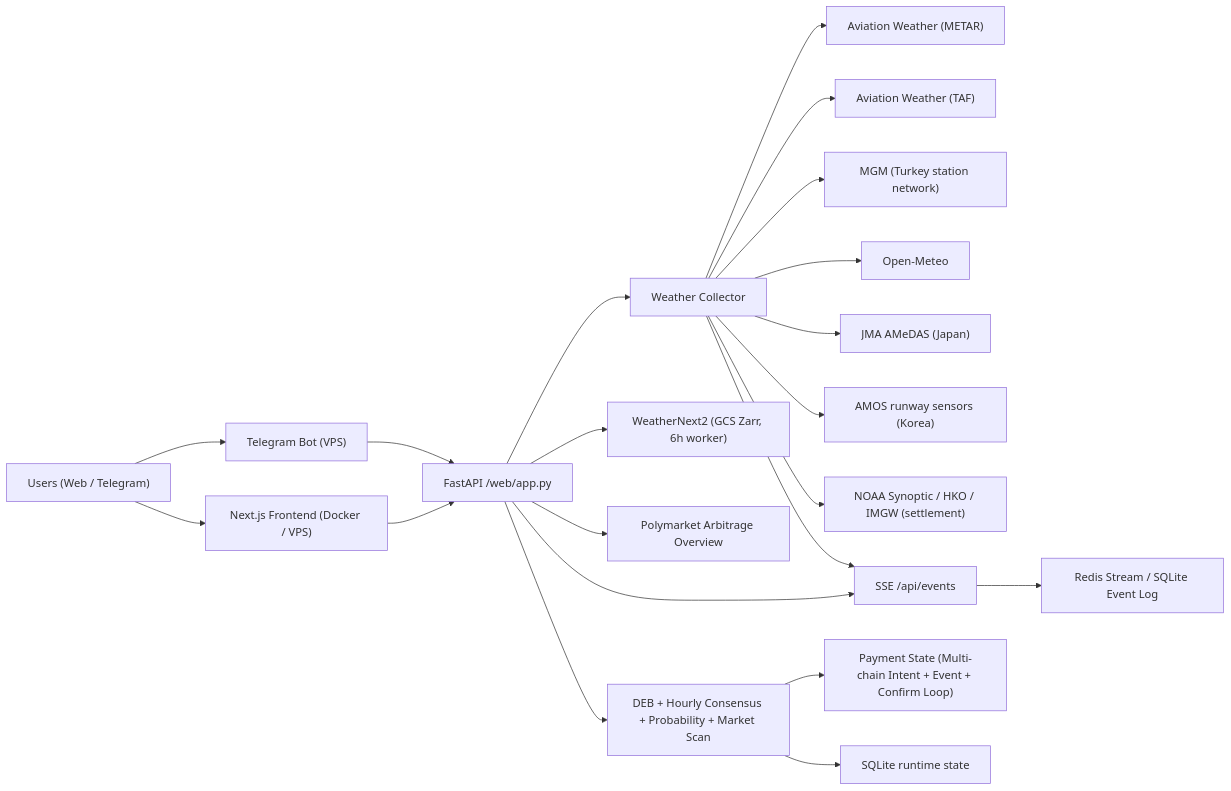
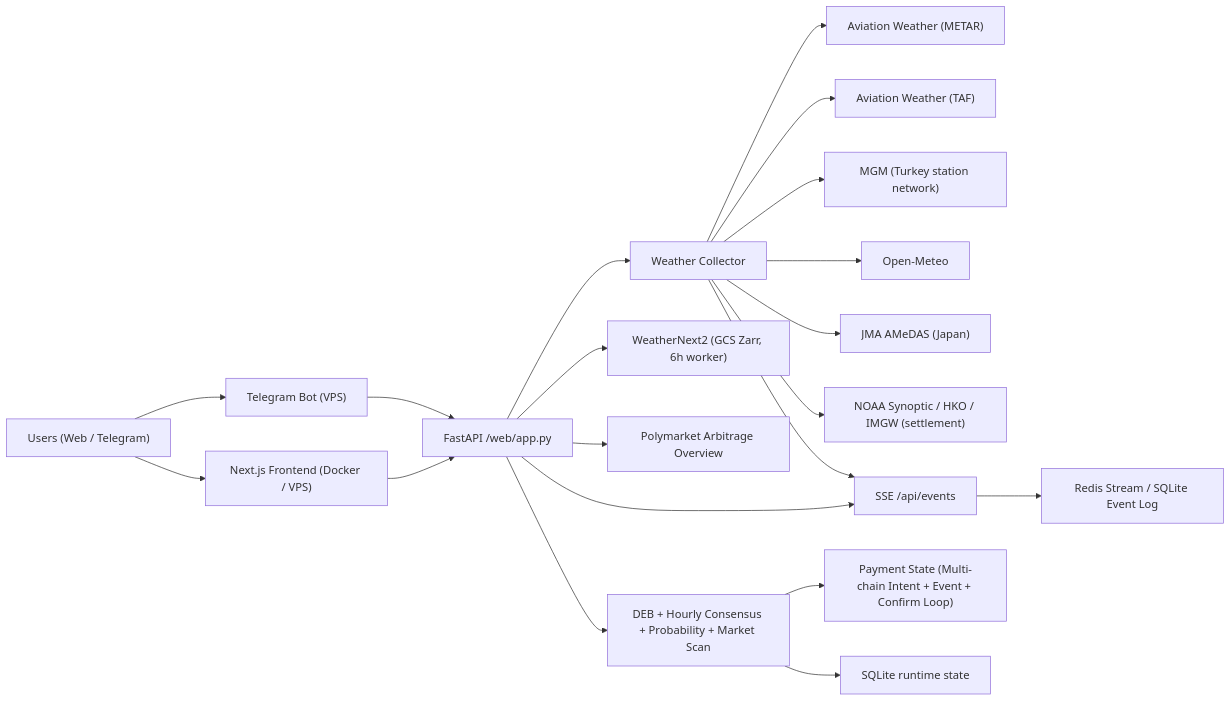
The diagram in README.md (Night-Etrenal/AT-PolyWeather), drawn with Mermaid before and after one commit. The commit also changed other lines of this file and 89 other files, not shown here.

````diff
--- a/README.md
+++ b/README.md
@@ -88,25 +88,24 @@
 ```mermaid
 flowchart LR
     U["Users (Web / Telegram)"] --> FE["Next.js Frontend (Docker / VPS)"]
     U --> BOT["Telegram Bot (VPS)"]
     FE --> API["FastAPI /web/app.py"]
     BOT --> API
 
     API --> WX["Weather Collector"]
     WX --> METAR["Aviation Weather (METAR)"]
     WX --> TAF["Aviation Weather (TAF)"]
     WX --> MGM["MGM (Turkey station network)"]
     WX --> OM["Open-Meteo"]
     WX --> JMA["JMA AMeDAS (Japan)"]
-    WX --> AMOS["AMOS runway sensors (Korea)"]
     WX --> SETTLE["NOAA Synoptic / HKO / IMGW (settlement)"]
 
     API --> WX2["WeatherNext2 (GCS Zarr, 6h worker)"]
     API --> ARB["Polymarket Arbitrage Overview"]
     API --> ANA["DEB + Hourly Consensus + Probability + Market Scan"]
     API --> SSE["SSE /api/events"]
     WX --> SSE
     SSE --> EVENT["Redis Stream / SQLite Event Log"]
     ANA --> PAY["Payment State (Multi-chain Intent + Event + Confirm Loop)"]
     ANA --> STATE["SQLite runtime state"]
 ```
````
